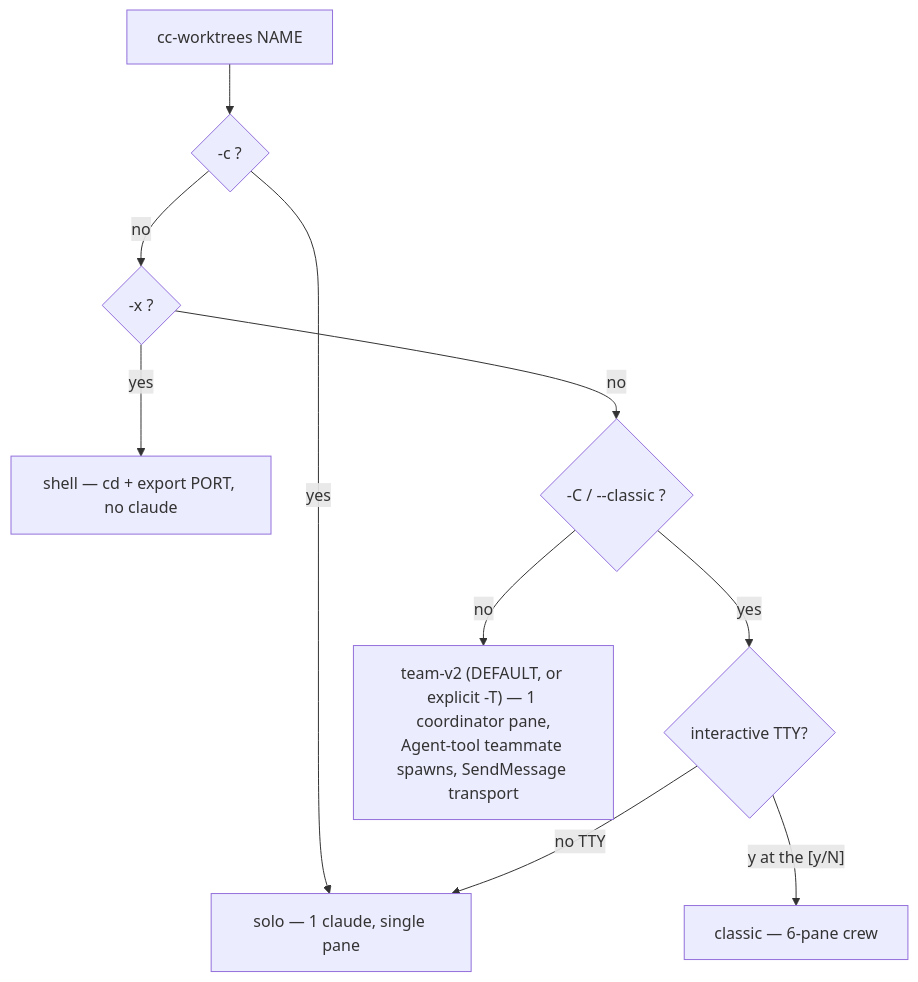
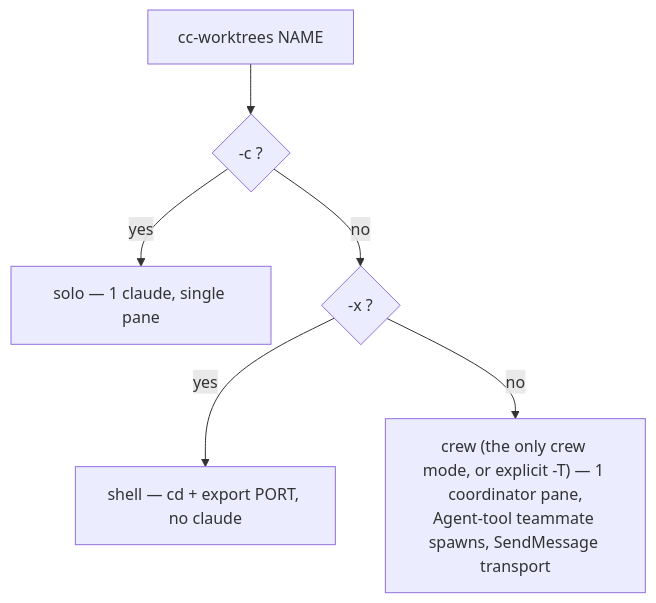
Before and after one commit to HenriGeorge/AutoCue: the diagram in docs/CC-WORKTREES.md, drawn with Mermaid. The commit also changed other lines of this file and 2 other files, not shown here.

````diff
--- a/docs/CC-WORKTREES.md
+++ b/docs/CC-WORKTREES.md
@@ -73,12 +75,8 @@
 ```mermaid
 flowchart TD
     S["cc-worktrees NAME"] --> F1{"-c ?"}
     F1 -->|yes| SOLO["solo — 1 claude, single pane"]
     F1 -->|no| F2{"-x ?"}
     F2 -->|yes| SHELL["shell — cd + export PORT, no claude"]
-    F2 -->|no| F3{"-C / --classic ?"}
-    F3 -->|yes| T{"interactive TTY?"}
-    T -->|"y at the [y/N]"| CREW["classic — 6-pane crew"]
-    T -->|"no TTY"| SOLO
-    F3 -->|no| T2["team-v2 (DEFAULT, or explicit -T) — 1 coordinator pane,\nAgent-tool teammate spawns, SendMessage transport"]
+    F2 -->|no| T2["crew (the only crew mode, or explicit -T) — 1 coordinator pane,\nAgent-tool teammate spawns, SendMessage transport"]
 ```
````
